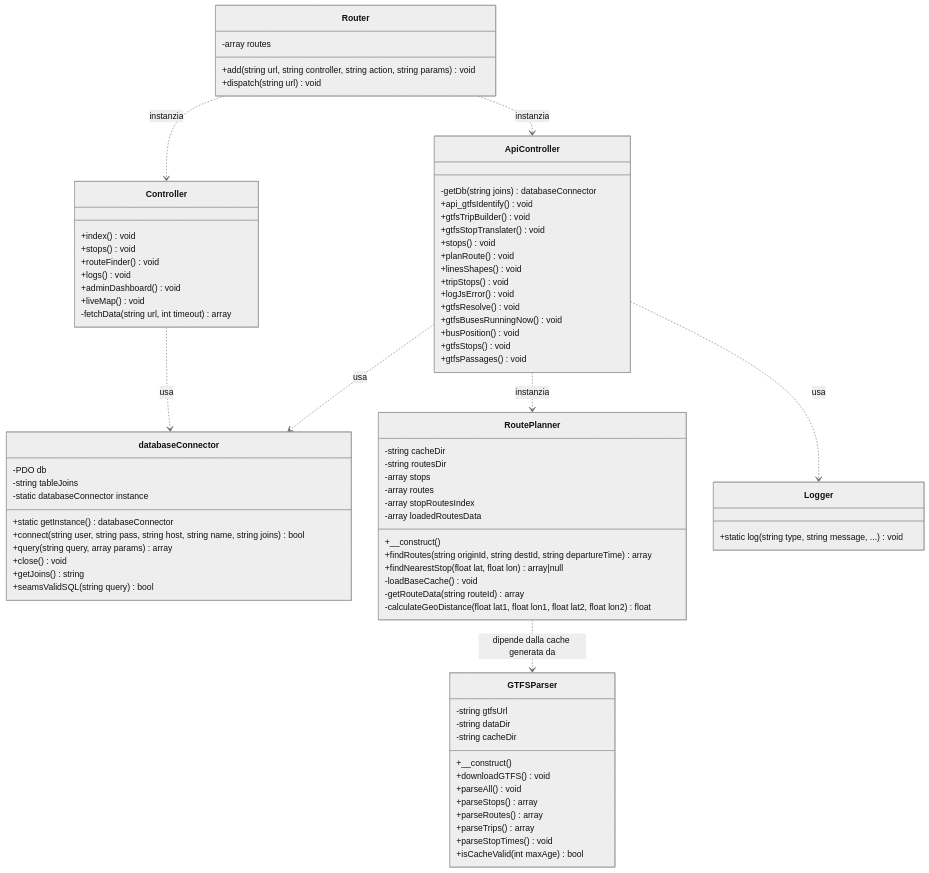
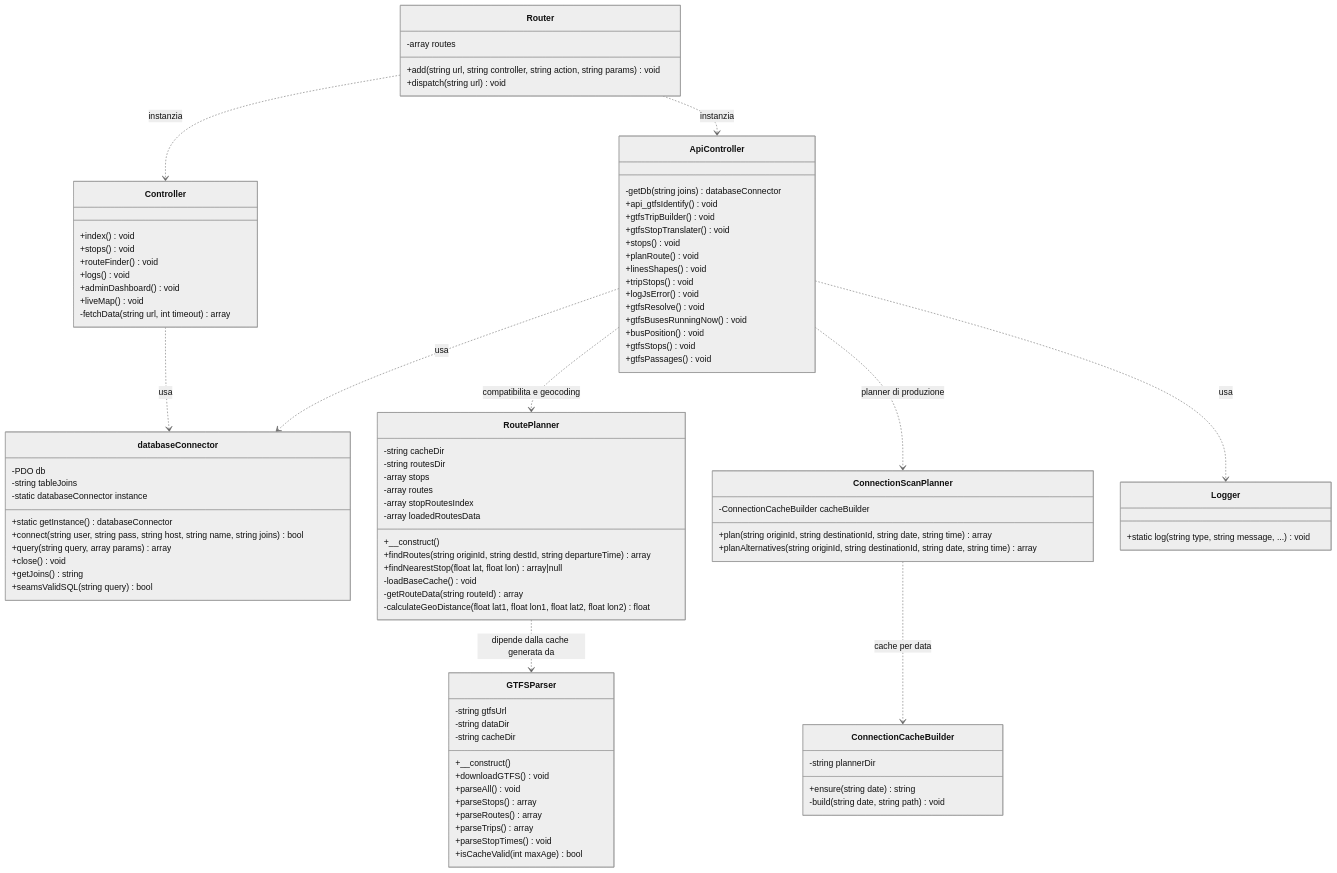
One commit to samuele-brusegan/actv-live changed the diagram in docs/project_uml.md. Above: the diagram before and after it, drawn with Mermaid (neutral theme). The commit also changed other lines of this file and 37 other files, not shown here.

````diff
--- a/docs/project_uml.md
+++ b/docs/project_uml.md
@@ -66,6 +66,18 @@
         -calculateGeoDistance(float lat1, float lon1, float lat2, float lon2) float
     }
 
+    class ConnectionCacheBuilder {
+        -string plannerDir
+        +ensure(string date) string
+        -build(string date, string path) void
+    }
+
+    class ConnectionScanPlanner {
+        -ConnectionCacheBuilder cacheBuilder
+        +plan(string originId, string destinationId, string date, string time) array
+        +planAlternatives(string originId, string destinationId, string date, string time) array
+    }
+
     class GTFSParser {
         -string gtfsUrl
         -string dataDir
@@ -88,7 +100,9 @@
     Router ..> ApiController : instanzia
     Controller ..> databaseConnector : usa
     ApiController ..> databaseConnector : usa
-    ApiController ..> RoutePlanner : instanzia
+    ApiController ..> RoutePlanner : compatibilita e geocoding
+    ApiController ..> ConnectionScanPlanner : planner di produzione
+    ConnectionScanPlanner ..> ConnectionCacheBuilder : cache per data
     ApiController ..> Logger : usa
     RoutePlanner ..> GTFSParser : dipende dalla cache generata da
 ```
````
